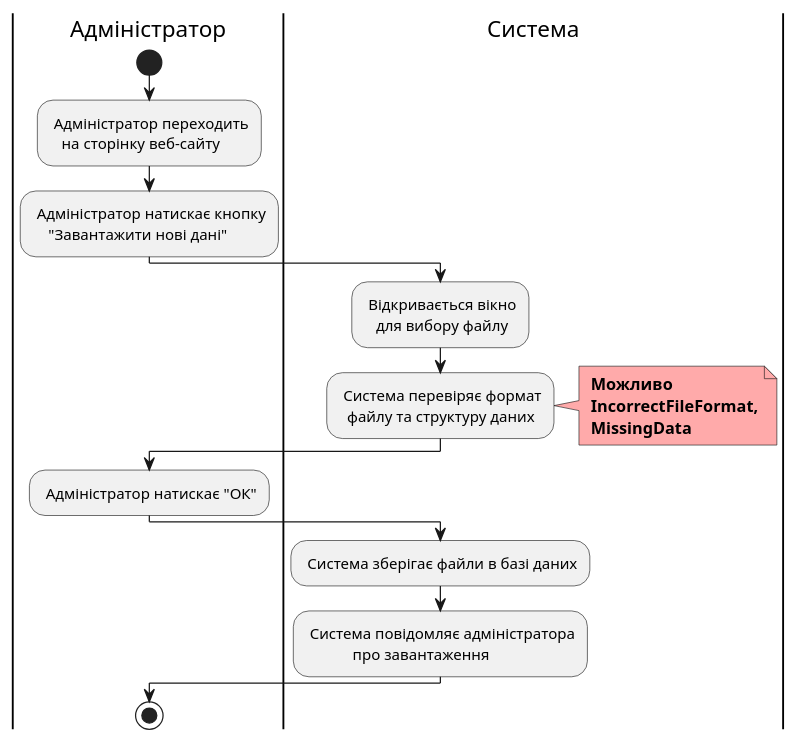
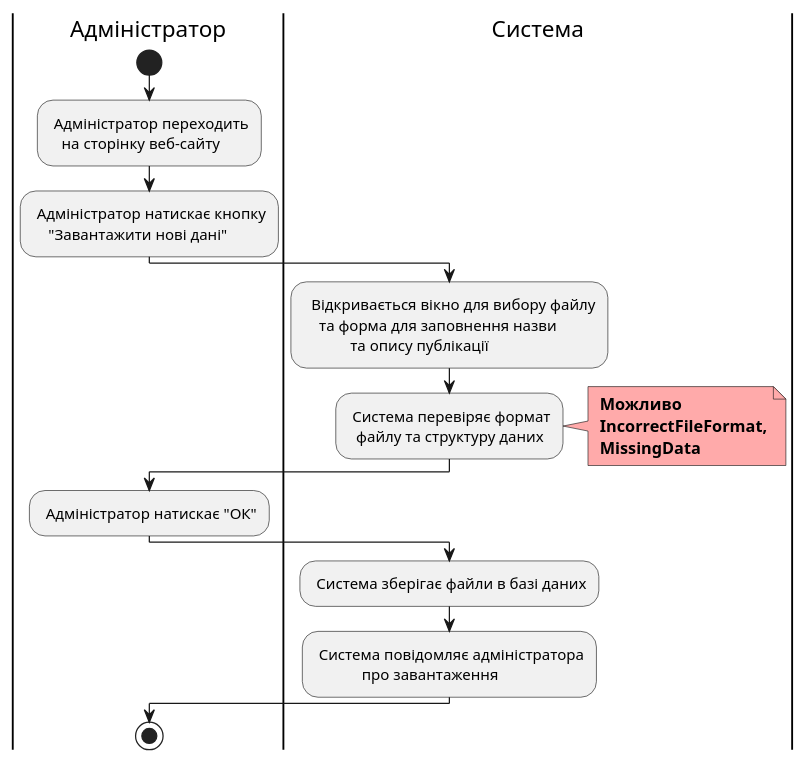
One commit to dimatortik/db-course-theme2 changed the diagram in docs/use cases/puml/use-case-18.puml. Above: the diagram before and after it, drawn with PlantUML. The commit also changed 7 other files, not shown here.

```diff
--- a/docs/use cases/puml/use-case-18.puml
+++ b/docs/use cases/puml/use-case-18.puml
@@ -8,26 +8,27 @@
 @startuml
     |Адміністратор|
         start
         : Адміністратор переходить 
            на сторінку веб-сайту;
         : Адміністратор натискає кнопку 
             "Завантажити нові дані";
     |Система|
-        : Відкривається вікно 
-           для вибору файлу;
+        :  Відкривається вікно для вибору файлу 
+            та форма для заповнення назви 
+                    та опису публікації;
         : Система перевіряє формат 
           файлу та структуру даних;
         note right #ffaaaa
         <b> Можливо
         <b> IncorrectFileFormat,
         <b> MissingData
         end note
     |Адміністратор|
         : Адміністратор натискає "ОК";
     |Система|
         : Система зберігає файли в базі даних;
         : Система повідомляє адміністратора 
                     про завантаження;
     |Адміністратор|
         stop;
 @enduml
```
